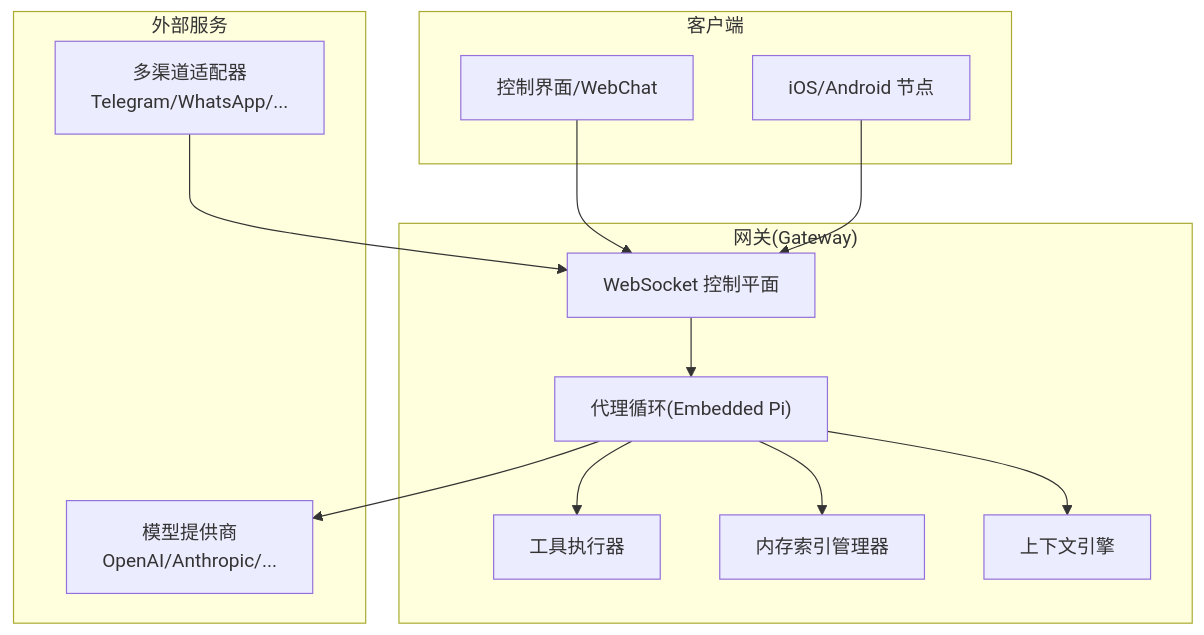
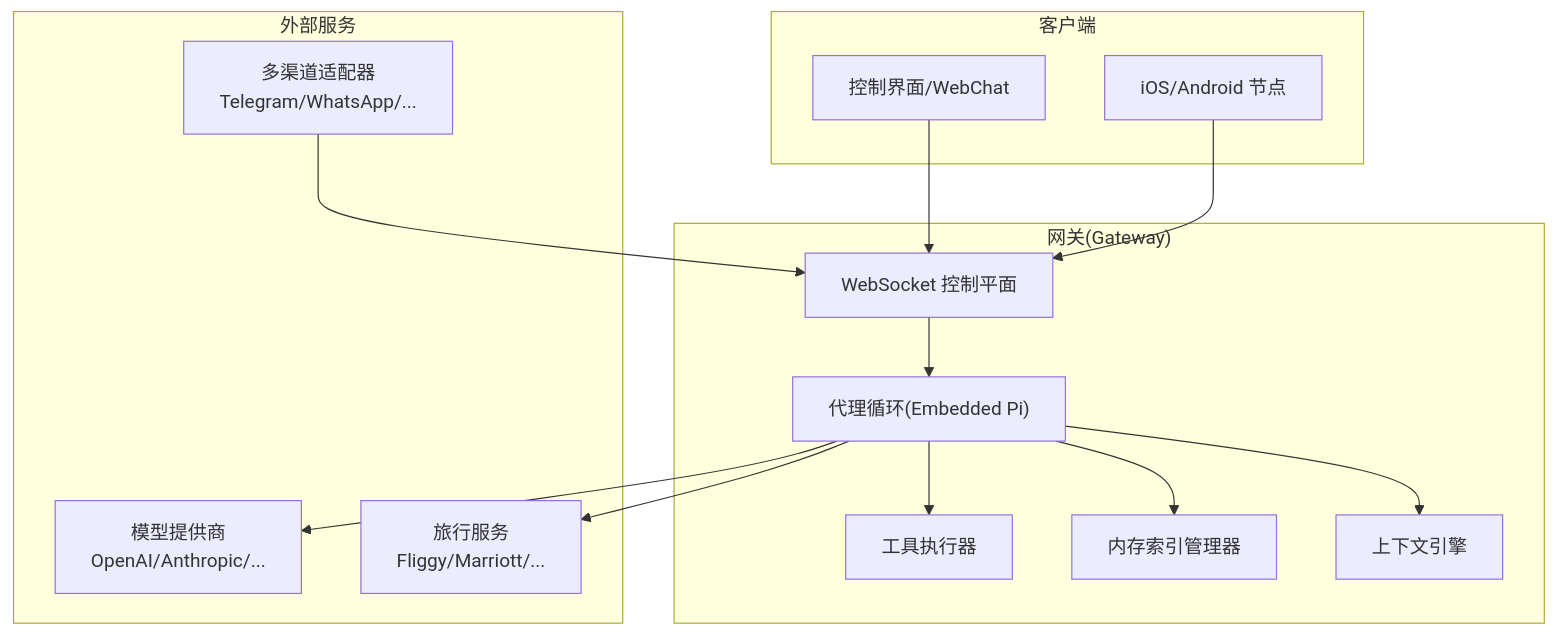
Before and after one commit to verse-ai-org/openclaw: the first of 9 diagrams in .qoder/repowiki/zh/content/AI代理系统/AI代理系统.md, drawn with Mermaid. The commit also changed other lines of this file and 14 other files, not shown here.

````diff
--- a/.qoder/repowiki/zh/content/AI代理系统/AI代理系统.md
+++ b/.qoder/repowiki/zh/content/AI代理系统/AI代理系统.md
@@ -39,26 +60,28 @@
 ```mermaid
 graph TB
 subgraph "客户端"
 UI["控制界面/WebChat"]
 Nodes["iOS/Android 节点"]
 end
 subgraph "网关(Gateway)"
 WS["WebSocket 控制平面"]
 AgentLoop["代理循环(Embedded Pi)"]
 Tools["工具执行器"]
 Memory["内存索引管理器"]
 CE["上下文引擎"]
 end
 subgraph "外部服务"
 Channels["多渠道适配器<br/>Telegram/WhatsApp/..."]
 Providers["模型提供商<br/>OpenAI/Anthropic/..."]
+TravelServices["旅行服务<br/>Fliggy/Marriott/..."]
 end
 UI --> WS
 Nodes --> WS
 WS --> AgentLoop
 AgentLoop --> Tools
 AgentLoop --> Memory
 AgentLoop --> CE
 AgentLoop --> Providers
+AgentLoop --> TravelServices
 Channels --> WS
 ```
````
